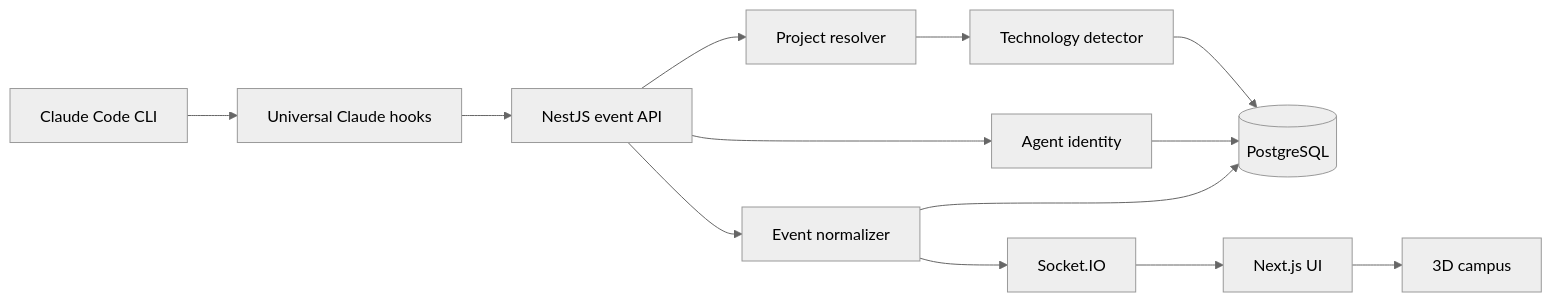
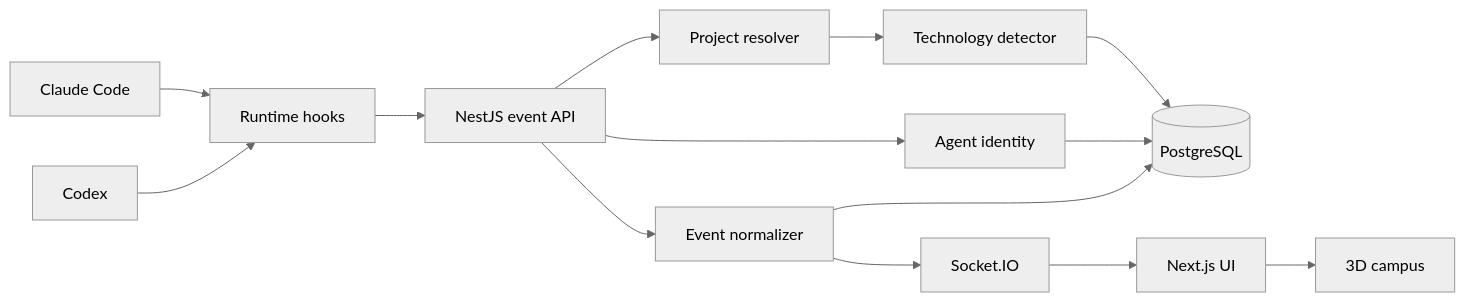
One commit to SanakulovDev/claude-virtual-campus changed the diagram in docs/architecture.md. Above: the diagram before and after it, drawn with Mermaid (neutral theme). The commit also changed other lines of this file and 69 other files, not shown here.

````diff
--- a/docs/architecture.md
+++ b/docs/architecture.md
@@ -10,23 +10,25 @@
 ```mermaid
 flowchart LR
-    CLI[Claude Code CLI]
-    Hooks[Universal Claude hooks]
+    Claude[Claude Code]
+    Codex[Codex]
+    Hooks[Runtime hooks]
     API[NestJS event API]
     Resolver[Project resolver]
     Detector[Technology detector]
     Normalizer[Event normalizer]
     Agents[Agent identity]
     DB[(PostgreSQL)]
     WS[Socket.IO]
     Web[Next.js UI]
     Scene[3D campus]
 
-    CLI --> Hooks --> API
+    Claude --> Hooks --> API
+    Codex --> Hooks
     API --> Resolver --> Detector
     API --> Agents
     API --> Normalizer
     Detector --> DB
     Agents --> DB
     Normalizer --> DB
     Normalizer --> WS --> Web --> Scene
 ```
````
